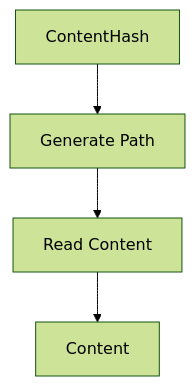
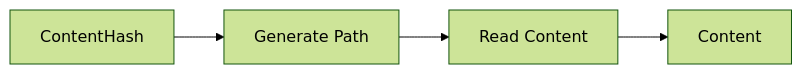
One commit to o2alexanderfedin/angular-cas-disot changed the second of 6 diagrams in docs/api/services.md. Above: the diagram before and after it, drawn with Mermaid (forest theme). The commit also changed other lines of this file, not shown here.

First line of the commit message:
docs: optimize diagram orientations for better readability

````diff
--- a/docs/api/services.md
+++ b/docs/api/services.md
@@ -79,11 +74,6 @@
 ```mermaid
-graph TD
-    INPUT[ContentHash]
-    PATH[Generate Path]
-    READ[Read Content]
-    OUTPUT[Content]
-    
-    INPUT --> PATH
-    PATH --> READ
-    READ --> OUTPUT
+graph LR
+    INPUT[ContentHash] --> PATH[Generate Path]
+    PATH --> READ[Read Content]
+    READ --> OUTPUT[Content]
 ```
````
